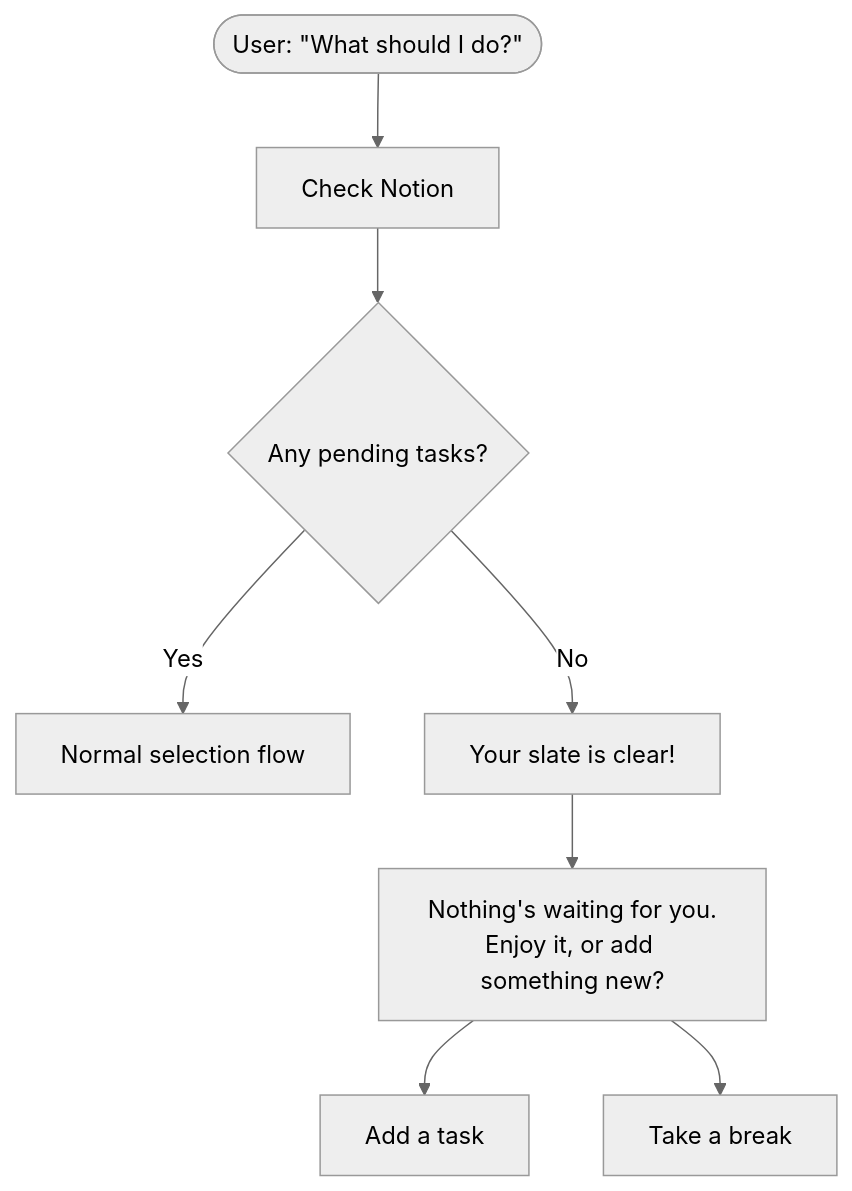
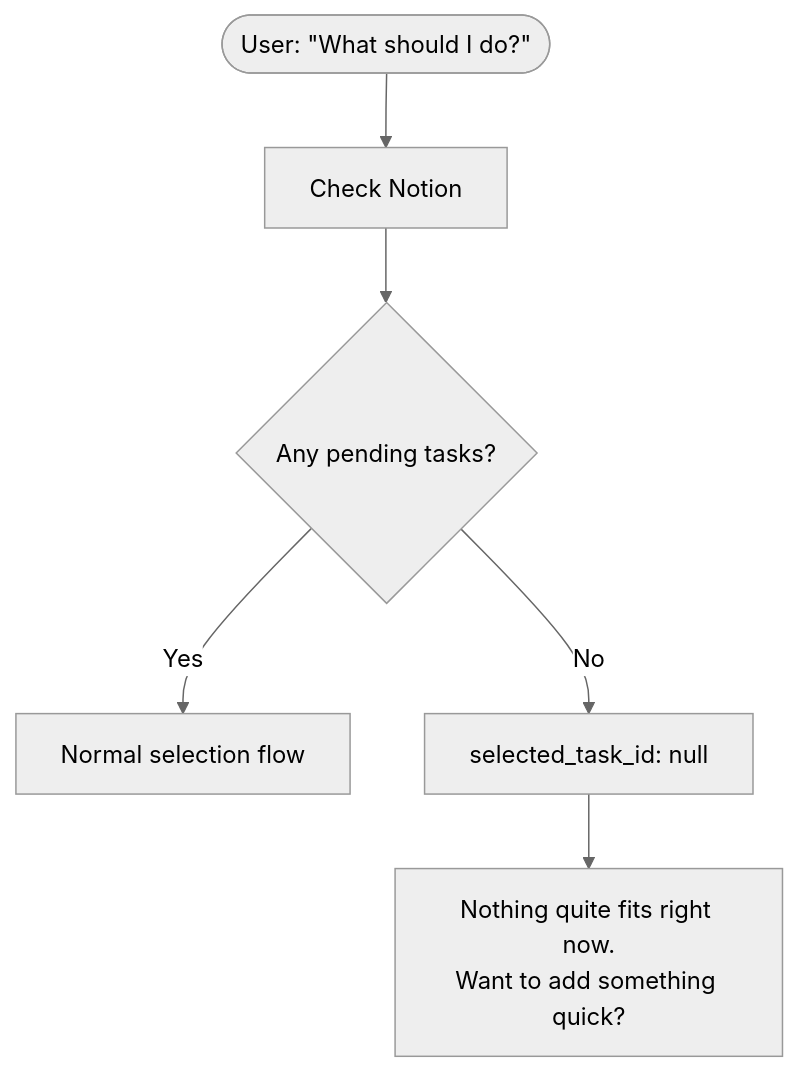
One commit to NickBorgersProbably/hide-my-list changed diagram 23 of 28 in docs/user-interactions.md. Above: the diagram before and after it, drawn with Mermaid (neutral theme). The commit also changed other lines of this file and 4 other files, not shown here.

````diff
--- a/docs/user-interactions.md
+++ b/docs/user-interactions.md
@@ -1000,13 +1000,10 @@
 ```mermaid
 flowchart TD
     Request(["User: #quot;What should I do?#quot;"]) --> Check[Check Notion]
     Check --> Empty{Any pending tasks?}
 
     Empty -->|Yes| Normal[Normal selection flow]
-    Empty -->|No| Celebrate["Your slate is clear!"]
+    Empty -->|No| Null["selected_task_id: null"]
 
-    Celebrate --> Prompt["Nothing's waiting for you.<br/>Enjoy it, or add something new?"]
-
-    Prompt --> Add["Add a task"]
-    Prompt --> Leave["Take a break"]
+    Null --> Reply["Nothing quite fits right now.<br/>Want to add something quick?"]
 ```
````
